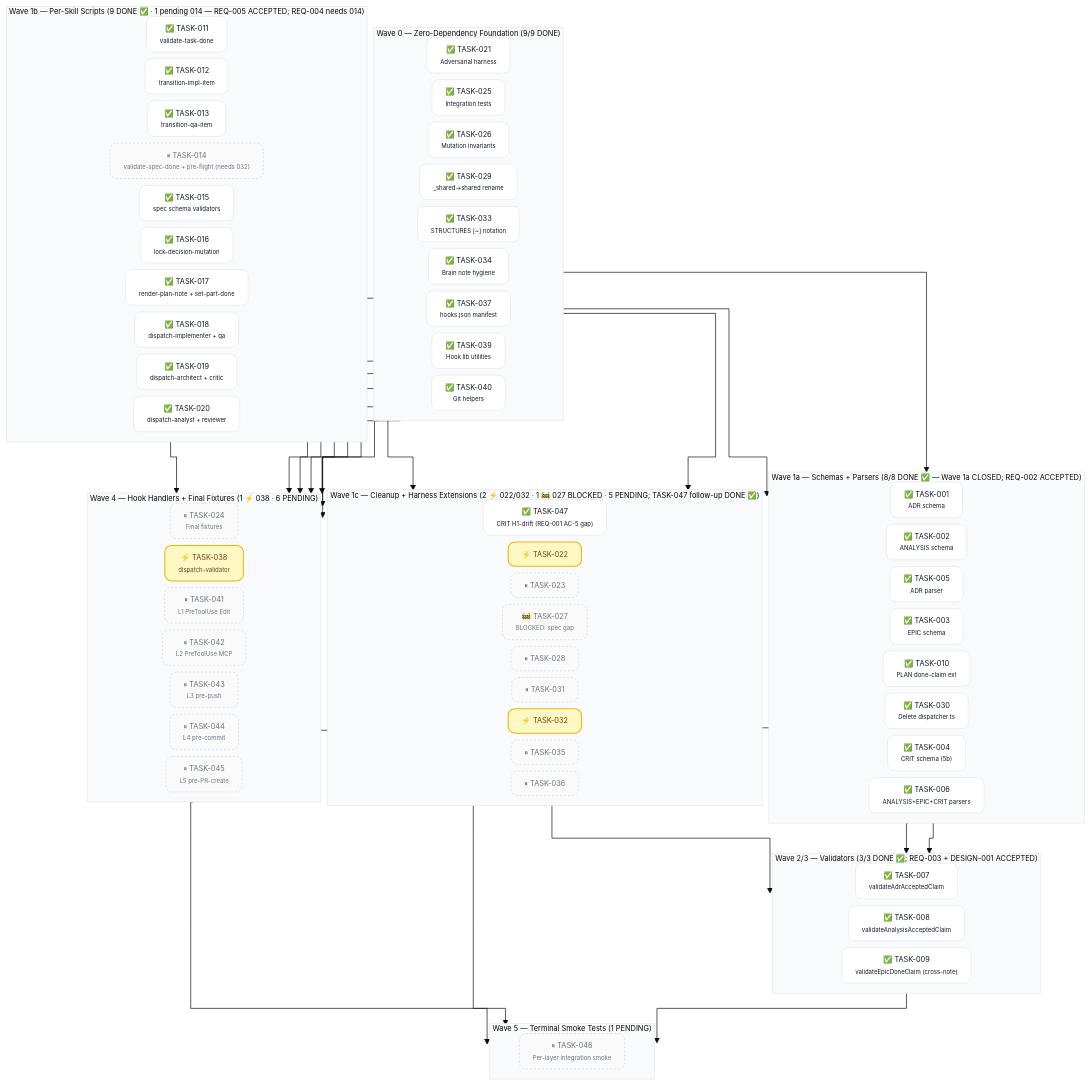
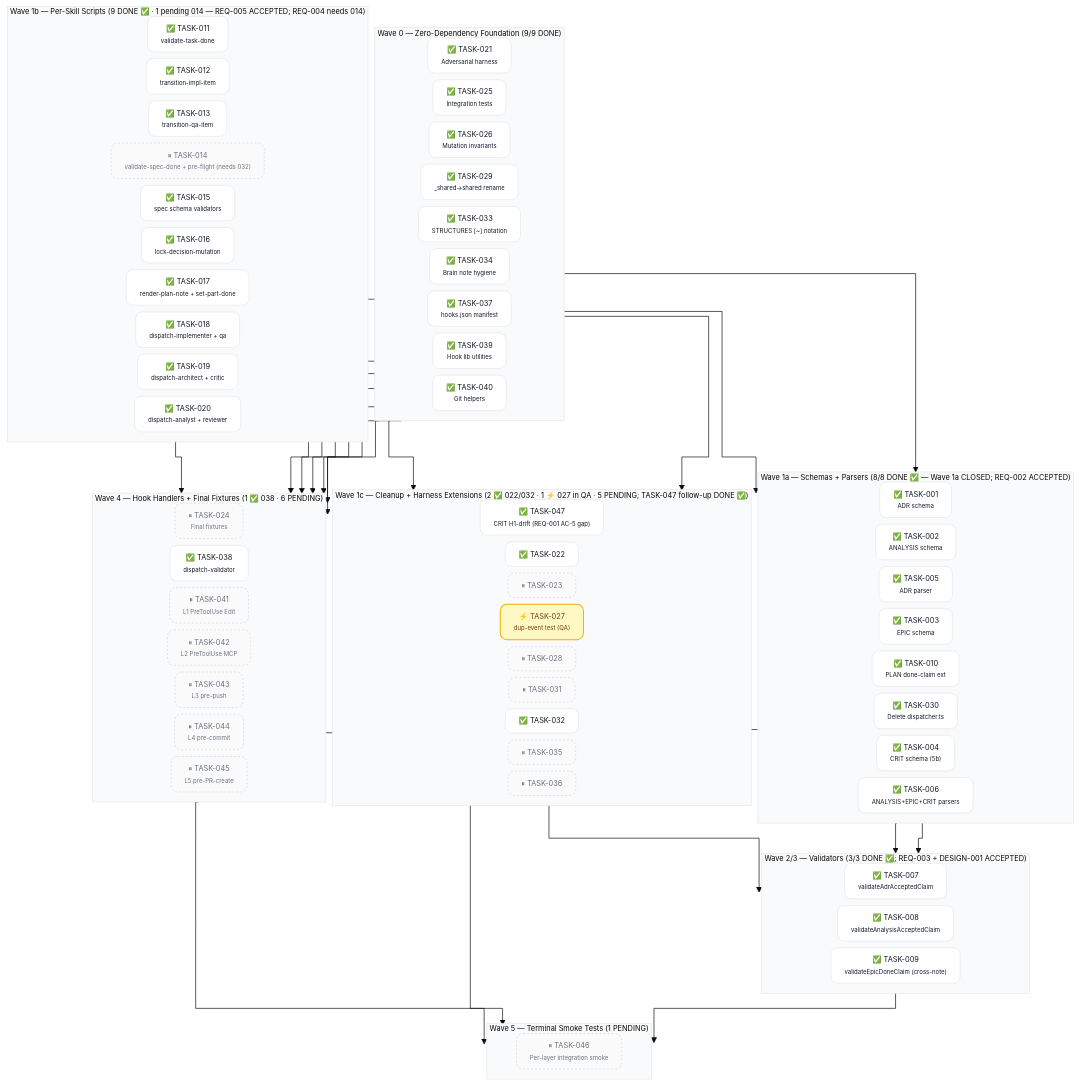
Before and after one commit to acmelabs-15/skills: the second of 2 diagrams in docs/planning/PLAN-001-skills-ecosystem.md, drawn with Mermaid. The commit also changed other lines of this file and 10 other files, not shown here.

First line of the commit message:
build(SPEC-008): Batch 10 CLOSED — 022+032+038 QA PASS; 027 impl DONE; 33/47 (Event 100)

````diff
--- a/docs/planning/PLAN-001-skills-ecosystem.md
+++ b/docs/planning/PLAN-001-skills-ecosystem.md
@@ -195,15 +195,15 @@
     T020["✅ TASK-020<br/><span style='font-size:9px'>dispatch-analyst + reviewer</span>"]
   end
 
-  subgraph W1c ["Wave 1c — Cleanup + Harness Extensions (2 ⚡ 022/032 · 1 🚧 027 BLOCKED · 5 PENDING; TASK-047 follow-up DONE ✅)"]
+  subgraph W1c ["Wave 1c — Cleanup + Harness Extensions (2 ✅ 022/032 · 1 ⚡ 027 in QA · 5 PENDING; TASK-047 follow-up DONE ✅)"]
     direction LR
     T047["✅ TASK-047<br/><span style='font-size:9px'>CRIT H1-drift (REQ-001 AC-5 gap)</span>"]
-    T022["⚡ TASK-022"]
+    T022["✅ TASK-022"]
     T023["⏸ TASK-023"]
-    T027["🚧 TASK-027<br/><span style='font-size:9px'>BLOCKED: spec gap</span>"]
+    T027["⚡ TASK-027<br/><span style='font-size:9px'>dup-event test (QA)</span>"]
     T028["⏸ TASK-028"]
     T031["⏸ TASK-031"]
-    T032["⚡ TASK-032"]
+    T032["✅ TASK-032"]
     T035["⏸ TASK-035"]
     T036["⏸ TASK-036"]
   end
@@ -215,10 +215,10 @@
     T009["✅ TASK-009<br/><span style='font-size:9px'>validateEpicDoneClaim (cross-note)</span>"]
   end
 
-  subgraph W4 ["Wave 4 — Hook Handlers + Final Fixtures (1 ⚡ 038 · 6 PENDING)"]
+  subgraph W4 ["Wave 4 — Hook Handlers + Final Fixtures (1 ✅ 038 · 6 PENDING)"]
     direction LR
     T024["⏸ TASK-024<br/><span style='font-size:9px'>Final fixtures</span>"]
-    T038["⚡ TASK-038<br/><span style='font-size:9px'>dispatch-validator</span>"]
+    T038["✅ TASK-038<br/><span style='font-size:9px'>dispatch-validator</span>"]
     T041["⏸ TASK-041<br/><span style='font-size:9px'>L1 PreToolUse Edit</span>"]
     T042["⏸ TASK-042<br/><span style='font-size:9px'>L2 PreToolUse MCP</span>"]
     T043["⏸ TASK-043<br/><span style='font-size:9px'>L3 pre-push</span>"]
@@ -254,7 +254,7 @@
   T045 --> T046
 
   class T001,T002,T003,T004,T005,T006,T010,T021,T025,T026,T029,T030,T033,T034,T037,T039,T040 done
-  class T007,T008,T009,T047,T011,T012,T013,T015,T016,T017,T018,T019,T020 done
-  class T022,T032,T038 inprogress
-  class T014,T023,T024,T027,T028,T031,T035,T036,T041,T042,T043,T044,T045,T046 pending
+  class T007,T008,T009,T047,T011,T012,T013,T015,T016,T017,T018,T019,T020,T022,T032,T038 done
+  class T027 inprogress
+  class T014,T023,T024,T028,T031,T035,T036,T041,T042,T043,T044,T045,T046 pending
 ```
````
